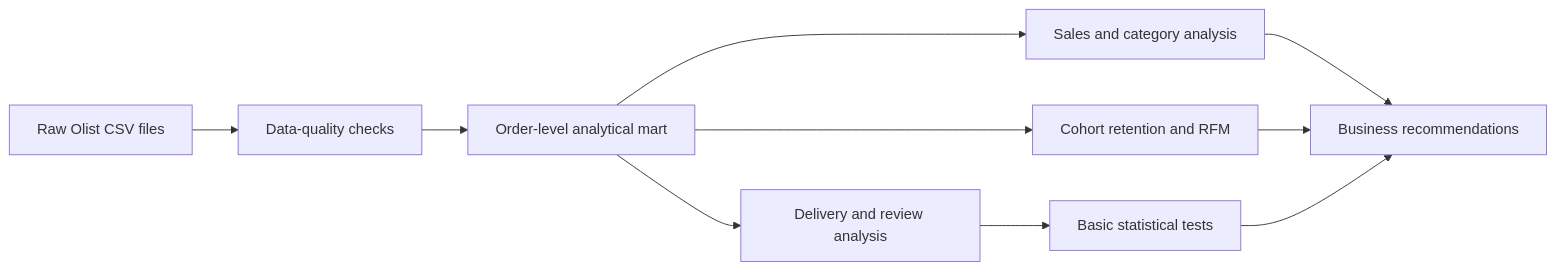
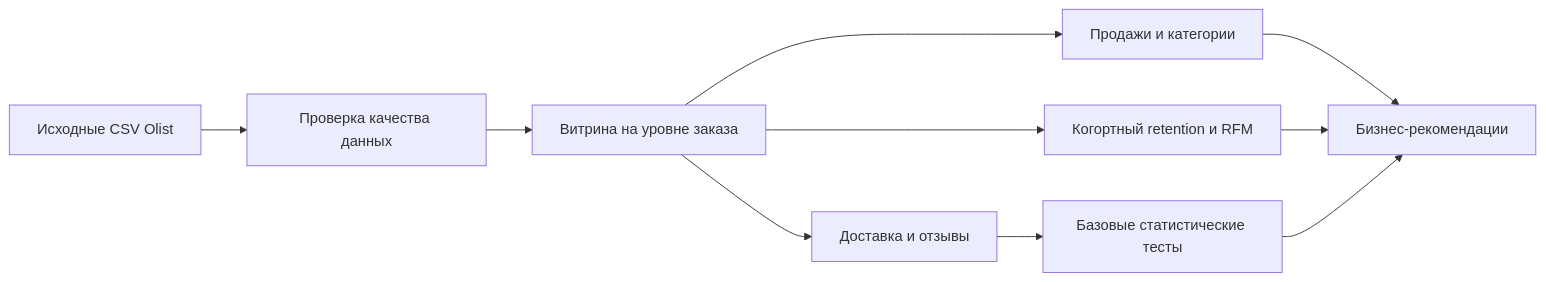
The first of 2 diagrams in README.md (sureasguuds9-prog/olist-ecommerce-analytics), drawn with Mermaid before and after one commit. The commit also changed other lines of this file and 8 other files, not shown here.

````diff
--- a/README.md
+++ b/README.md
@@ -76,12 +76,12 @@
 ```mermaid
 flowchart LR
-    A[Raw Olist CSV files] --> B[Data-quality checks]
-    B --> C[Order-level analytical mart]
-    C --> D[Sales and category analysis]
-    C --> E[Cohort retention and RFM]
-    C --> F[Delivery and review analysis]
-    F --> G[Basic statistical tests]
-    D --> H[Business recommendations]
+    A[Исходные CSV Olist] --> B[Проверка качества данных]
+    B --> C[Витрина на уровне заказа]
+    C --> D[Продажи и категории]
+    C --> E[Когортный retention и RFM]
+    C --> F[Доставка и отзывы]
+    F --> G[Базовые статистические тесты]
+    D --> H[Бизнес-рекомендации]
     E --> H
     G --> H
 ```
````
